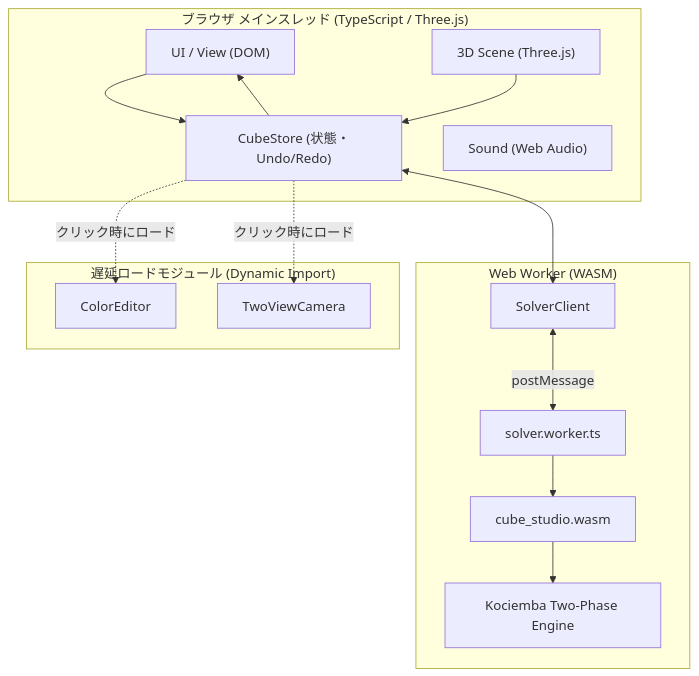
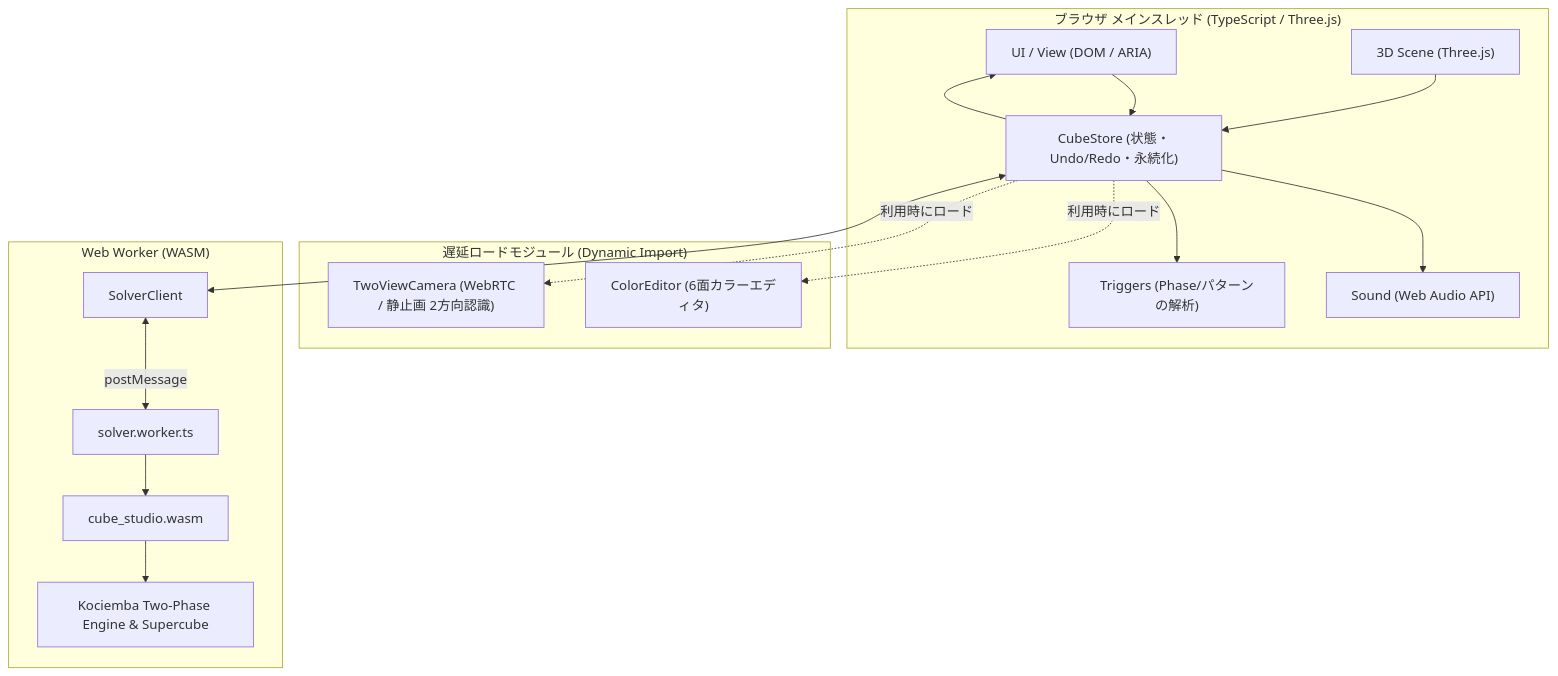
One commit to katoy/rust-r-cube changed the diagram in 3x3-web-2/README.md. Above: the diagram before and after it, drawn with Mermaid. The commit also changed other lines of this file and 4 other files, not shown here.

````diff
--- a/3x3-web-2/README.md
+++ b/3x3-web-2/README.md
@@ -51,31 +63,34 @@
 ```mermaid
 flowchart TD
     subgraph UI ["ブラウザ メインスレッド (TypeScript / Three.js)"]
-        View["UI / View (DOM)"]
+        View["UI / View (DOM / ARIA)"]
         Scene["3D Scene (Three.js)"]
-        Store["CubeStore (状態・Undo/Redo)"]
-        Sound["Sound (Web Audio)"]
+        Store["CubeStore (状態・Undo/Redo・永続化)"]
+        Sound["Sound (Web Audio API)"]
+        Triggers["Triggers (Phase/パターンの解析)"]
         View --> Store
         Scene --> Store
         Store --> View
+        Store --> Sound
+        Store --> Triggers
     end
 
     subgraph Dynamic ["遅延ロードモジュール (Dynamic Import)"]
-        Editor["ColorEditor"]
-        Camera["TwoViewCamera"]
-        Store -.->|クリック時にロード| Editor
-        Store -.->|クリック時にロード| Camera
+        Editor["ColorEditor (6面カラーエディタ)"]
+        Camera["TwoViewCamera (WebRTC / 静止画 2方向認識)"]
+        Store -.->|利用時にロード| Editor
+        Store -.->|利用時にロード| Camera
     end
 
     subgraph Worker ["Web Worker (WASM)"]
         Client["SolverClient"]
         WasmWorker["solver.worker.ts"]
         RustWasm["cube_studio.wasm"]
-        Solver["Kociemba Two-Phase Engine"]
+        Solver["Kociemba Two-Phase Engine & Supercube"]
         Client <-->|postMessage| WasmWorker
         WasmWorker --> RustWasm
         RustWasm --> Solver
     end
 
     Store <--> Client
 ```
````
